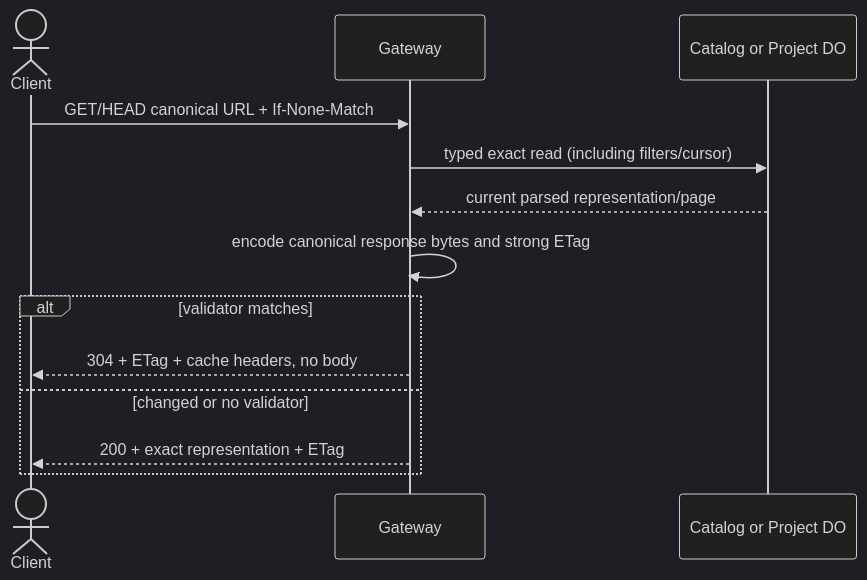
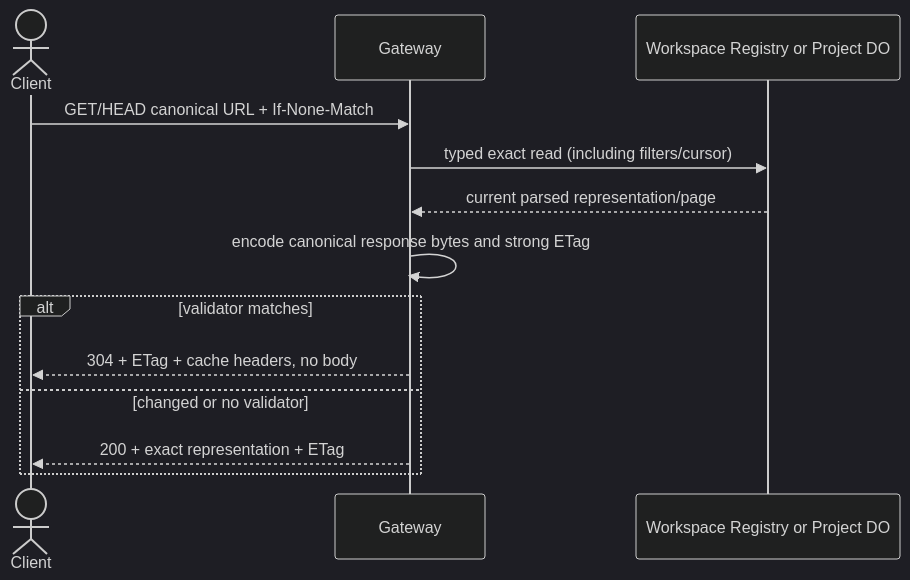
Before and after one commit to dmmulroy/overseer: the fourth of 6 diagrams in docs/adr/0001-mvp-system-architecture.md, drawn with Mermaid (dark theme). The commit also changed other lines of this file and 103 other files, not shown here.

````diff
--- a/docs/adr/0001-mvp-system-architecture.md
+++ b/docs/adr/0001-mvp-system-architecture.md
@@ -186,16 +186,16 @@
 ```mermaid
 sequenceDiagram
   actor C as Client
   participant G as Gateway
-  participant O as Catalog or Project DO
+  participant O as Workspace Registry or Project DO
 
   C->>G: GET/HEAD canonical URL + If-None-Match
   G->>O: typed exact read (including filters/cursor)
   O-->>G: current parsed representation/page
   G->>G: encode canonical response bytes and strong ETag
   alt validator matches
     G-->>C: 304 + ETag + cache headers, no body
   else changed or no validator
     G-->>C: 200 + exact representation + ETag
   end
 ```
````
